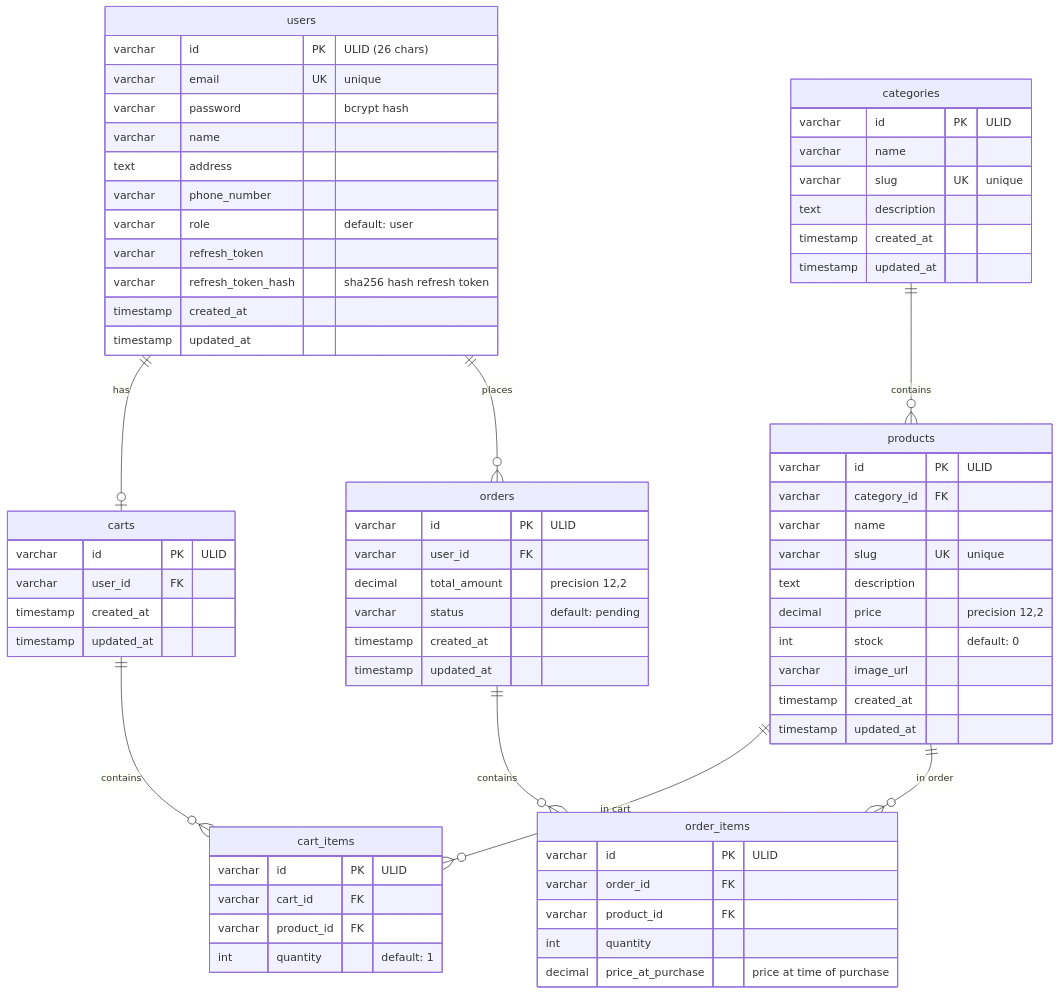
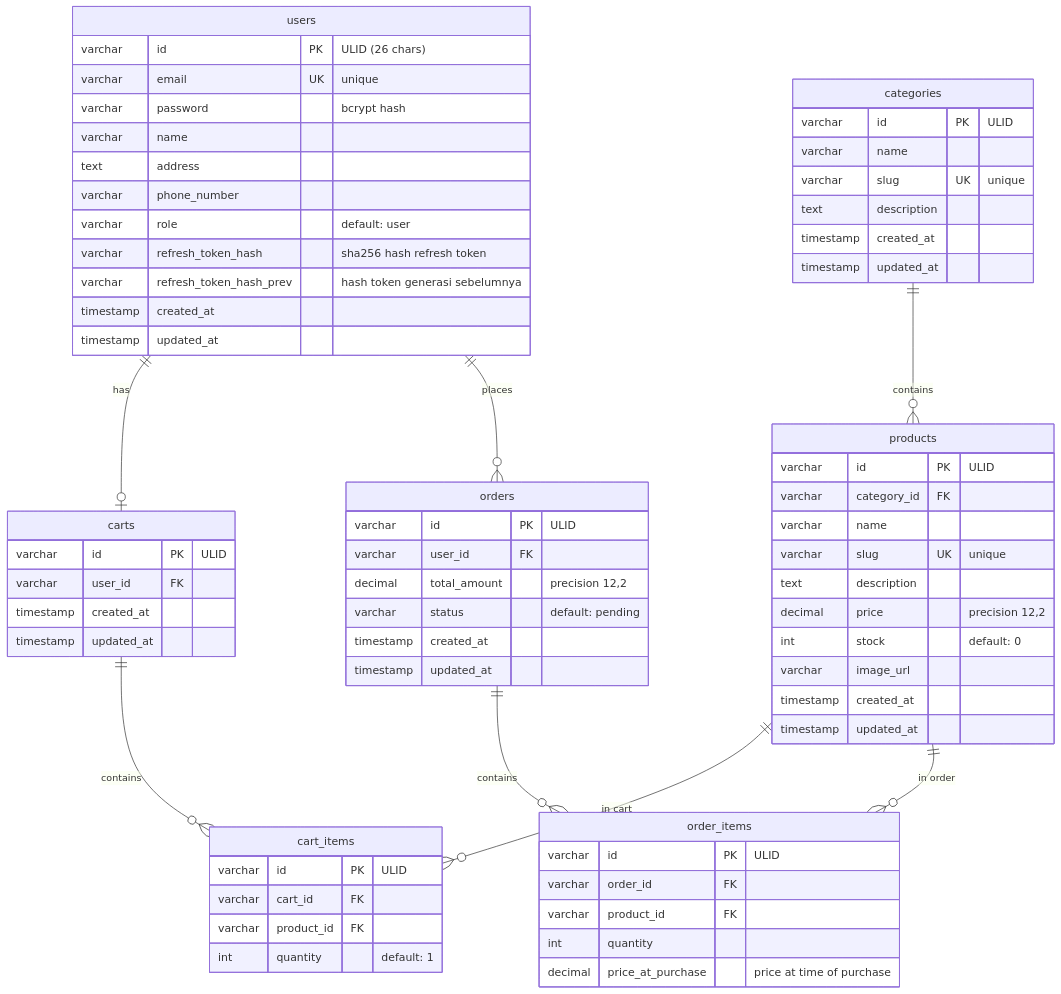
The seventh of 7 diagrams in docs/ARCHITECTURE.md (skripsi-me/backend), drawn with Mermaid before and after one commit. The commit also changed other lines of this file and 7 other files, not shown here.

Commit message:
docs: sync documentation to current project state (bulk endpoint, API key, refresh-token hash, CORS/CORS prod, dedupe env tables)

````diff
--- a/docs/ARCHITECTURE.md
+++ b/docs/ARCHITECTURE.md
@@ -245,77 +248,77 @@
 ```mermaid
 erDiagram
     users ||--o| carts : "has"
     users ||--o{ orders : "places"
     categories ||--o{ products : "contains"
     products ||--o{ cart_items : "in cart"
     products ||--o{ order_items : "in order"
     carts ||--o{ cart_items : "contains"
     orders ||--o{ order_items : "contains"
 
     users {
         varchar id PK "ULID (26 chars)"
         varchar email UK "unique"
         varchar password "bcrypt hash"
         varchar name
         text address
         varchar phone_number
         varchar role "default: user"
-        varchar refresh_token
         varchar refresh_token_hash "sha256 hash refresh token"
+        varchar refresh_token_hash_prev "hash token generasi sebelumnya"
         timestamp created_at
         timestamp updated_at
     }
 
     categories {
         varchar id PK "ULID"
         varchar name
         varchar slug UK "unique"
         text description
         timestamp created_at
         timestamp updated_at
     }
 
     products {
         varchar id PK "ULID"
         varchar category_id FK
         varchar name
         varchar slug UK "unique"
         text description
         decimal price "precision 12,2"
         int stock "default: 0"
         varchar image_url
         timestamp created_at
         timestamp updated_at
     }
 
     carts {
         varchar id PK "ULID"
         varchar user_id FK
         timestamp created_at
         timestamp updated_at
     }
 
     cart_items {
         varchar id PK "ULID"
         varchar cart_id FK
         varchar product_id FK
         int quantity "default: 1"
     }
 
     orders {
         varchar id PK "ULID"
         varchar user_id FK
         decimal total_amount "precision 12,2"
         varchar status "default: pending"
         timestamp created_at
         timestamp updated_at
     }
 
     order_items {
         varchar id PK "ULID"
         varchar order_id FK
         varchar product_id FK
         int quantity
         decimal price_at_purchase "price at time of purchase"
     }
 ```
````
